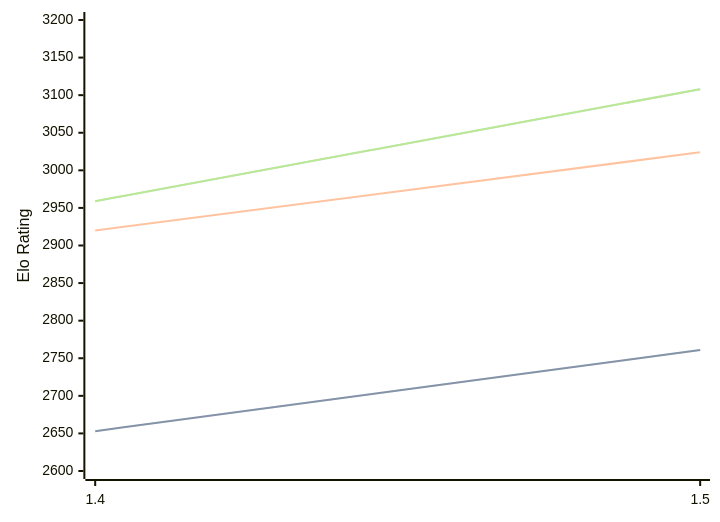
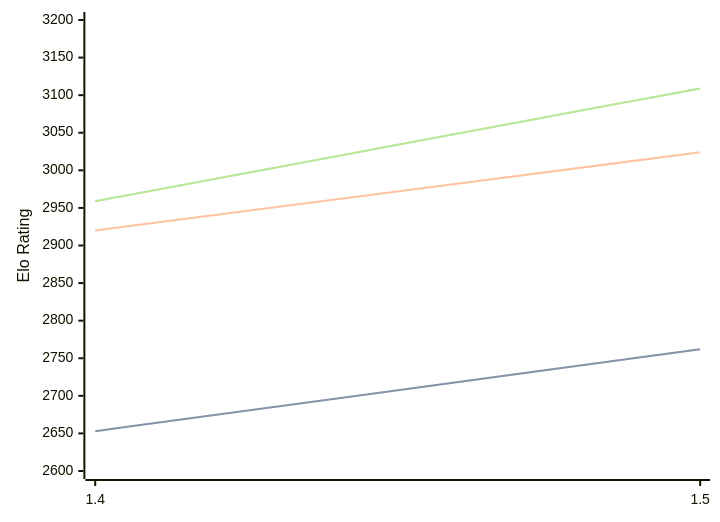
One commit to computer-chess-index/cci changed the diagram in engines/Yakka.md. Above: the diagram before and after it, drawn with Mermaid. The commit also changed other lines of this file, not shown here.

Commit message:
Update CCI Ratings (ELO VLTC) - 2026-09-07

````diff
--- a/engines/Yakka.md
+++ b/engines/Yakka.md
@@ -32,11 +32,11 @@
 ```mermaid
 %%{init: {"theme":"base","themeVariables":{"seriesColors:['#a3a3a3','#222221','#faa371']}}}%%
 xychart-beta
   x-axis ["1.4", "1.5"]
   y-axis "Elo Rating" 2600 --> 3200
-  line "" [2653, 2761]
-  line "STC (8.0+0.08s)" [2653, 2761]
+  line "" [2653, 2762]
+  line "STC (8.0+0.08s)" [2653, 2762]
   line "LTC (60.0+0.60s)" [2920, 3024]
-  line "" [2959, 3108]
-  line "VLTC (2m24s+1.12s)" [2959, 3108]
+  line "" [2959, 3109]
+  line "VLTC (2m24s+1.12s)" [2959, 3109]
 ```
````
